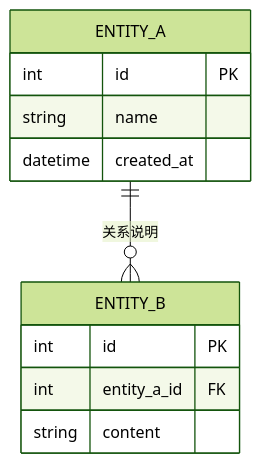
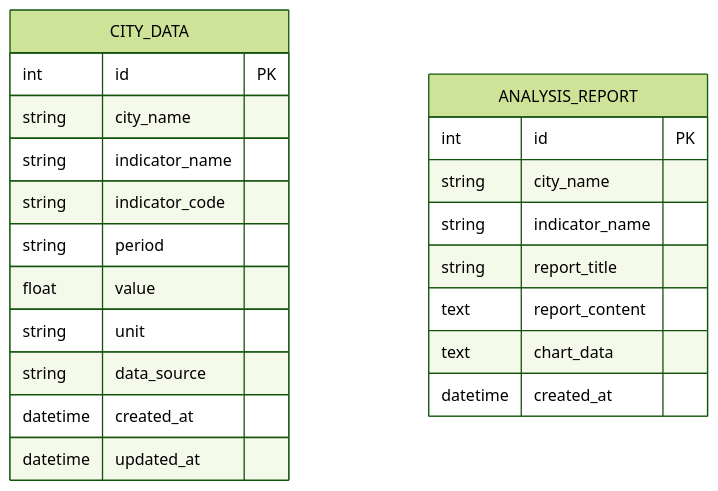
The first of 2 diagrams in doc/design/data-model.md (hhyouyou/eaves), drawn with Mermaid (forest theme) before and after one commit. The commit also changed other lines of this file and 8 other files, not shown here.

````diff
--- a/doc/design/data-model.md
+++ b/doc/design/data-model.md
@@ -9,14 +9,24 @@
 ```mermaid
 erDiagram
-    ENTITY_A ||--o{ ENTITY_B : 关系说明
-    ENTITY_A {
+    CITY_DATA {
         int id PK
-        string name
+        string city_name
+        string indicator_name
+        string indicator_code
+        string period
+        float value
+        string unit
+        string data_source
+        datetime created_at
+        datetime updated_at
+    }
+    ANALYSIS_REPORT {
+        int id PK
+        string city_name
+        string indicator_name
+        string report_title
+        text report_content
+        text chart_data
         datetime created_at
     }
-    ENTITY_B {
-        int id PK
-        int entity_a_id FK
-        string content
-    }
 ```
````
